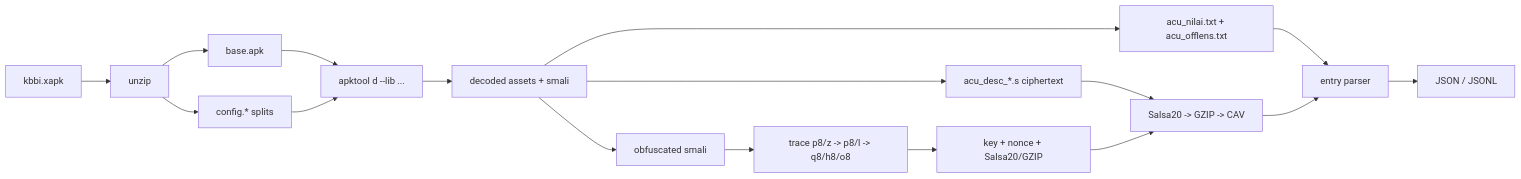
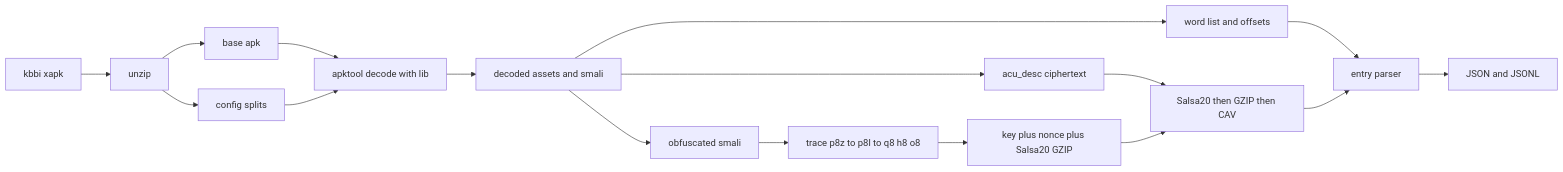
One commit to kadekutama/kbbi changed the diagram in docs/diagrams/01-analysis-pipeline.mmd. Above: the diagram before and after it, drawn with Mermaid. The commit also changed 13 other files, not shown here.

Commit message:
docs: public-release pass (MIT license, README, diagrams, extraction guide)

```diff
--- a/docs/diagrams/01-analysis-pipeline.mmd
+++ b/docs/diagrams/01-analysis-pipeline.mmd
@@ -1,17 +1,17 @@
 flowchart LR
-    A["kbbi.xapk"] --> B["unzip"]
-    B --> C["base.apk"]
-    B --> D["config.* splits"]
-    C --> E["apktool d --lib ..."]
+    A["kbbi xapk"] --> B["unzip"]
+    B --> C["base apk"]
+    B --> D["config splits"]
+    C --> E["apktool decode with lib"]
     D --> E
-    E --> F["decoded assets + smali"]
-    F --> G["acu_desc_*.s ciphertext"]
-    F --> H["acu_nilai.txt + acu_offlens.txt"]
+    E --> F["decoded assets and smali"]
+    F --> G["acu_desc ciphertext"]
+    F --> H["word list and offsets"]
     F --> I["obfuscated smali"]
-    I --> J["trace p8/z -> p8/l -> q8/h8/o8"]
-    J --> K["key + nonce + Salsa20/GZIP"]
-    G --> L["Salsa20 -> GZIP -> CAV"]
+    I --> J["trace p8z to p8l to q8 h8 o8"]
+    J --> K["key plus nonce plus Salsa20 GZIP"]
+    G --> L["Salsa20 then GZIP then CAV"]
     K --> L
     H --> M["entry parser"]
     L --> M
-    M --> N["JSON / JSONL"]
+    M --> N["JSON and JSONL"]
```
